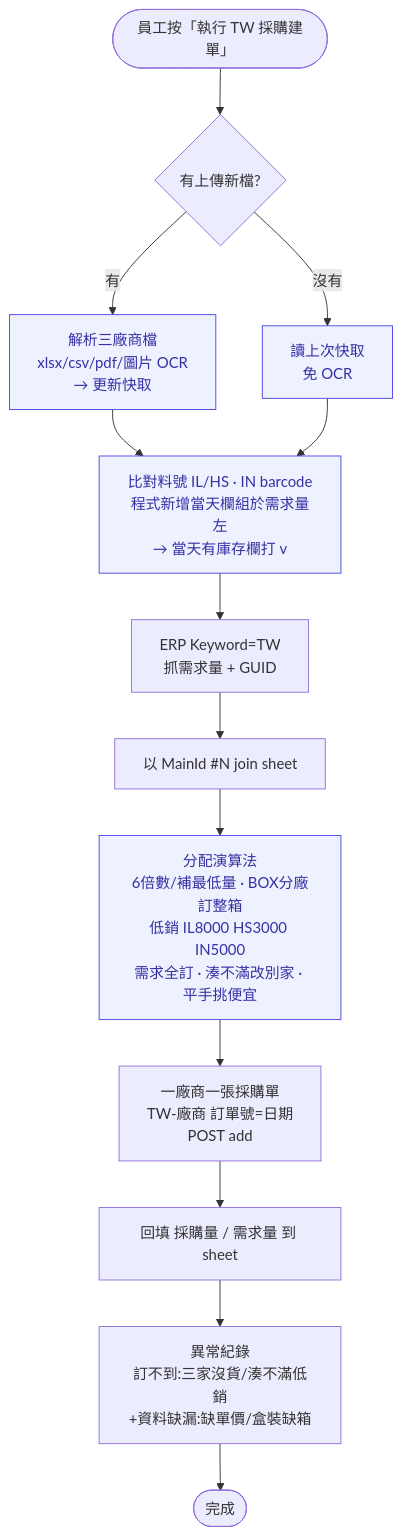
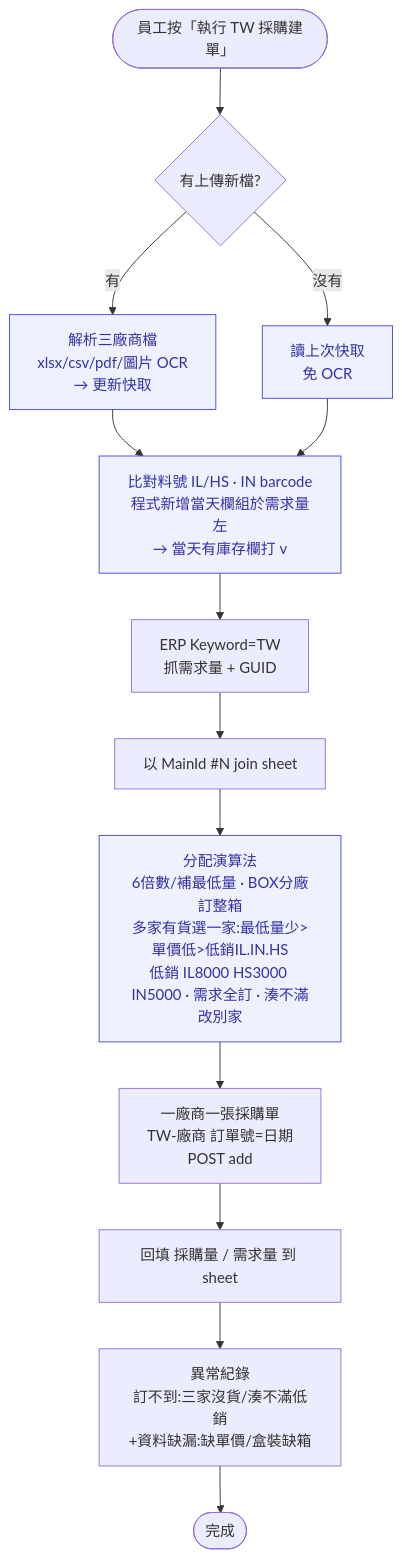
One commit to mamiclores-cloud/Justin-ERP-purchase changed the fifth of 6 diagrams in README.md. Above: the diagram before and after it, drawn with Mermaid. The commit also changed other lines of this file and 2 other files, not shown here.

Commit message:
feat(tw): 彈性分配改優先序「最低採購量 > 單價 > 低銷(IL>IN>HS)」
多家有貨時只給一家,選擇優先序(Justin 06/10):
① 採購量最少(最低採購量低 → 最不超量;例 KFD35 demand2:IL最低24 < IN最低48 → 給 IL,不訂 IN 的 48)
② 單價最便宜(缺單價排最後)
③ 低銷分配:未達低銷者優先、順序 IL>IN>HS(IL 填到低銷再給 IN,再給 HS)

原本是「最需湊低銷(gap)優先 + 平手挑便宜」,改成上述。calcQty 為主排序(自動涵蓋 box/散裝/最低量)。
單元測試 5/5(含最低量優先於單價、box vs 散裝比實際量);整批 dry-run 三家達標、無 below-low-sales。
README / TW-採購規格.md / memory 同步更新。

````diff
--- a/README.md
+++ b/README.md
@@ -340,18 +340,18 @@
 ```mermaid
 flowchart TD
     Start([員工按「執行 TW 採購建單」]) --> Up{有上傳新檔?}
     Up -->|有| Parse[解析三廠商檔<br/>xlsx/csv/pdf/圖片 OCR<br/>→ 更新快取]
     Up -->|沒有| Cache[讀上次快取<br/>免 OCR]
     Parse --> WriteV[比對料號 IL/HS · IN barcode<br/>程式新增當天欄組於需求量左<br/>→ 當天有庫存欄打 v]
     Cache --> WriteV
     WriteV --> Demand[ERP Keyword=TW<br/>抓需求量 + GUID]
     Demand --> Join[以 MainId #N join sheet]
-    Join --> Alloc[分配演算法<br/>6倍數/補最低量 · BOX分廠訂整箱<br/>低銷 IL8000 HS3000 IN5000<br/>需求全訂 · 湊不滿改別家 · 平手挑便宜]
+    Join --> Alloc[分配演算法<br/>6倍數/補最低量 · BOX分廠訂整箱<br/>多家有貨選一家:最低量少>單價低>低銷IL.IN.HS<br/>低銷 IL8000 HS3000 IN5000 · 需求全訂 · 湊不滿改別家]
     Alloc --> PO[一廠商一張採購單<br/>TW-廠商 訂單號=日期<br/>POST add]
     PO --> Back[回填 採購量 / 需求量 到 sheet]
     Back --> Anom[異常紀錄<br/>訂不到:三家沒貨/湊不滿低銷<br/>+資料缺漏:缺單價/盒裝缺箱]
     Anom --> End([完成])
 
     classDef a fill:#eef2ff,stroke:#4f46e5,color:#3730a3
     class Parse,Cache,WriteV,Alloc a
 ```
````
